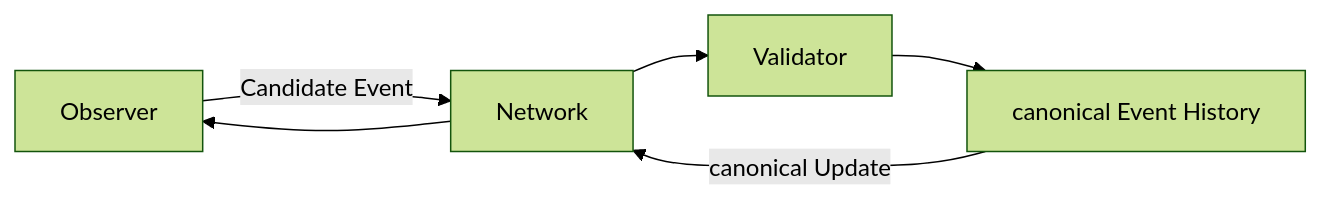
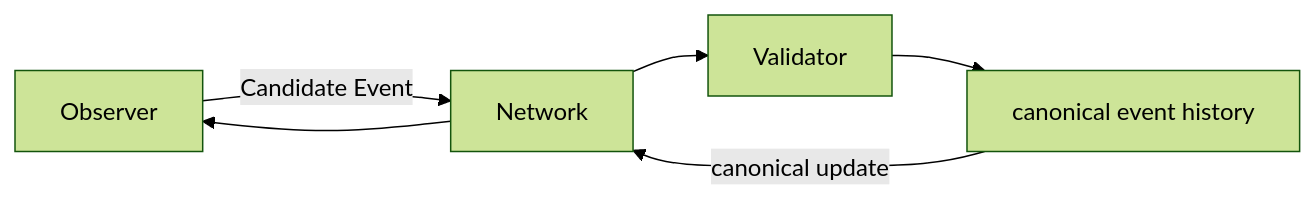
One commit to godofthunder101/crypsa-architecture changed the second of 2 diagrams in implementation/minimal_validator/CrypSA_Minimal_Validator_v0.1.md. Above: the diagram before and after it, drawn with Mermaid (forest theme). The commit also changed other lines of this file, not shown here.

Commit message:
Fix capitalization of 'canonical event history'

````diff
--- a/implementation/minimal_validator/CrypSA_Minimal_Validator_v0.1.md
+++ b/implementation/minimal_validator/CrypSA_Minimal_Validator_v0.1.md
@@ -96,10 +96,10 @@
 ```mermaid
 flowchart LR
 
 A[Observer] -->|Candidate Event| B[Network]
 B --> C[Validator]
 
-C --> D[canonical Event History]
-D -->|canonical Update| B
+C --> D[canonical event history]
+D -->|canonical update| B
 B --> A
 ```
````
